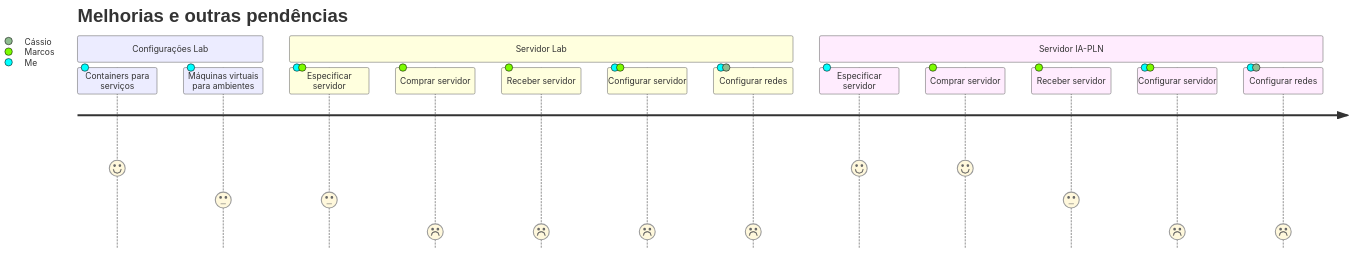
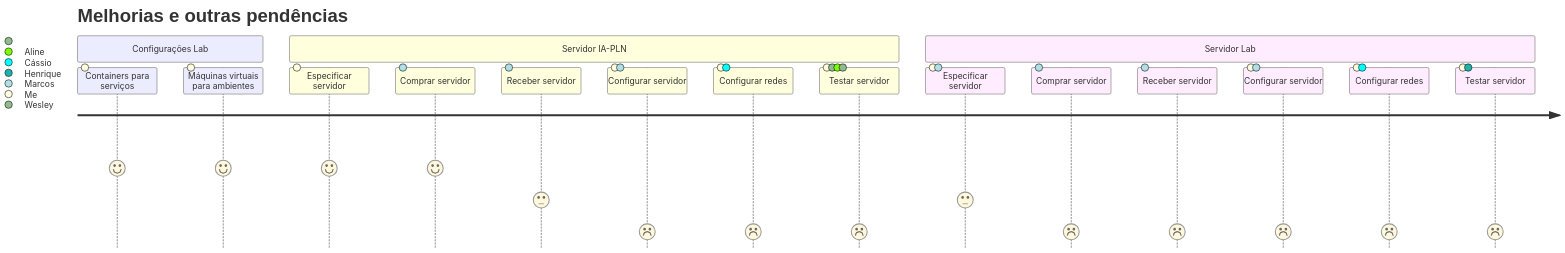
The fifth of 5 diagrams in xen/README.md (LabQS-ITA/cloud), drawn with Mermaid before and after one commit.

Commit message:
atualizar TODO

````diff
--- a/xen/README.md
+++ b/xen/README.md
@@ -414,19 +414,21 @@
 ```mermaid
 journey
     title Melhorias e outras pendências
     section Configurações Lab
         Containers para serviços: 5: Me
-        Máquinas virtuais para ambientes: 3: Me
+        Máquinas virtuais para ambientes: 5: Me
+    section Servidor IA-PLN
+        Especificar servidor: 5: Me
+        Comprar servidor: 5: Marcos
+        Receber servidor: 3: Marcos
+        Configurar servidor: 1: Me, Marcos
+        Configurar redes: 1: Me, Cássio
+        Testar servidor: 1: Me, Wesley, Aline,
     section Servidor Lab
         Especificar servidor: 3: Me, Marcos
         Comprar servidor: 1: Marcos
         Receber servidor: 1: Marcos
         Configurar servidor: 1: Me, Marcos
         Configurar redes: 1: Me, Cássio
-    section Servidor IA-PLN
-        Especificar servidor: 5: Me
-        Comprar servidor: 5: Marcos
-        Receber servidor: 3: Marcos
-        Configurar servidor: 1: Me, Marcos
-        Configurar redes: 1: Me, Cássio
+        Testar servidor: 1: Me, Henrique
 ```
````
